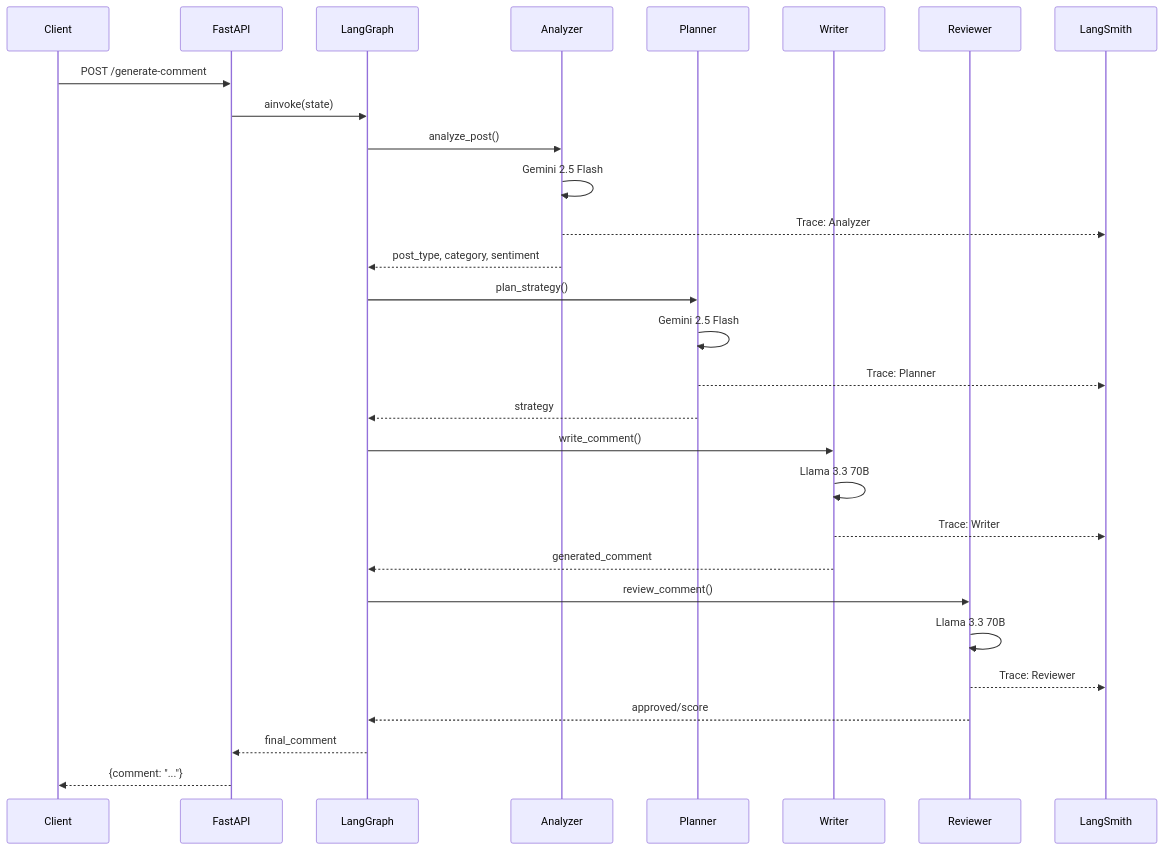
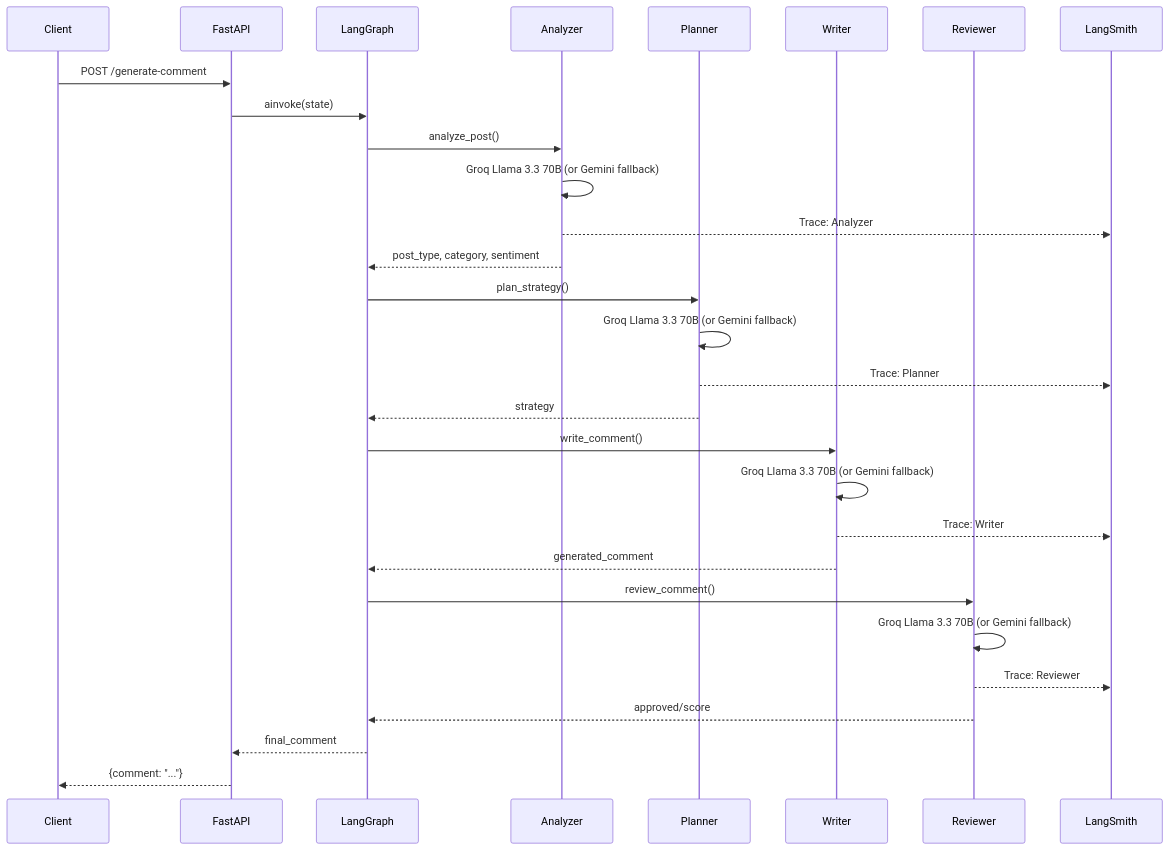
The fourth of 4 diagrams in README.md (himanshu231204/linkedin-ai-comment-copilot), drawn with Mermaid before and after one commit. The commit also changed other lines of this file and 4 other files, not shown here.

````diff
--- a/README.md
+++ b/README.md
@@ -537,32 +546,32 @@
 ```mermaid
 sequenceDiagram
     participant Client
     participant API as FastAPI
     participant Graph as LangGraph
     participant A as Analyzer
     participant P as Planner
     participant W as Writer
     participant R as Reviewer
     participant LS as LangSmith
 
     Client->>API: POST /generate-comment
     API->>Graph: ainvoke(state)
     Graph->>A: analyze_post()
-    A->>A: Gemini 2.5 Flash
+    A->>A: Groq Llama 3.3 70B (or Gemini fallback)
     A-->>LS: Trace: Analyzer
     A-->>Graph: post_type, category, sentiment
     Graph->>P: plan_strategy()
-    P->>P: Gemini 2.5 Flash
+    P->>P: Groq Llama 3.3 70B (or Gemini fallback)
     P-->>LS: Trace: Planner
     P-->>Graph: strategy
     Graph->>W: write_comment()
-    W->>W: Llama 3.3 70B
+    W->>W: Groq Llama 3.3 70B (or Gemini fallback)
     W-->>LS: Trace: Writer
     W-->>Graph: generated_comment
     Graph->>R: review_comment()
-    R->>R: Llama 3.3 70B
+    R->>R: Groq Llama 3.3 70B (or Gemini fallback)
     R-->>LS: Trace: Reviewer
     R-->>Graph: approved/score
     Graph-->>API: final_comment
     API-->>Client: {comment: "..."}
 ```
````
